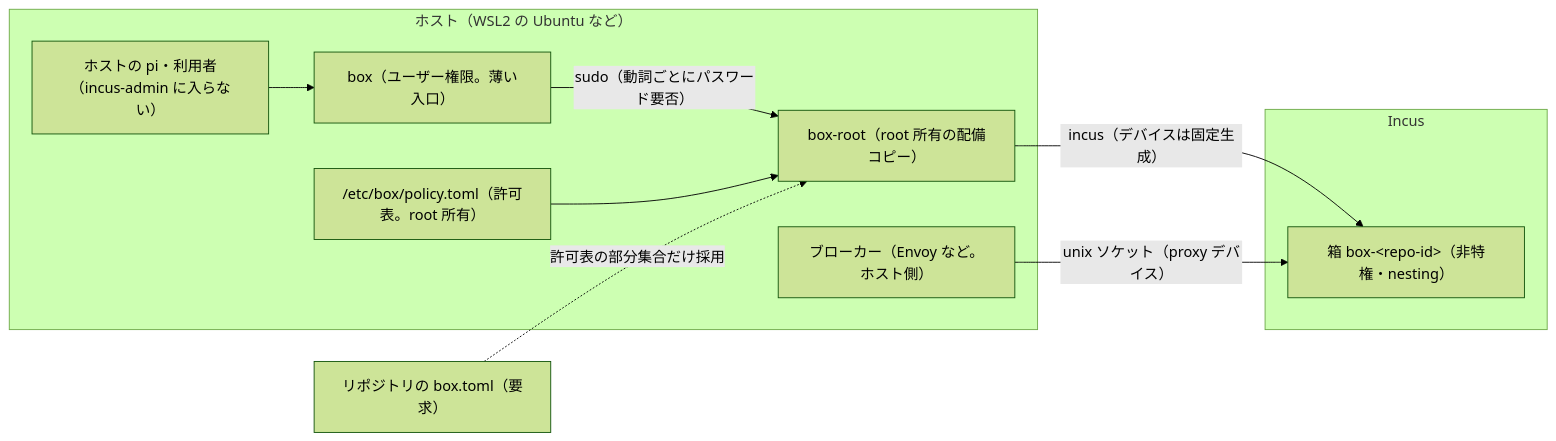
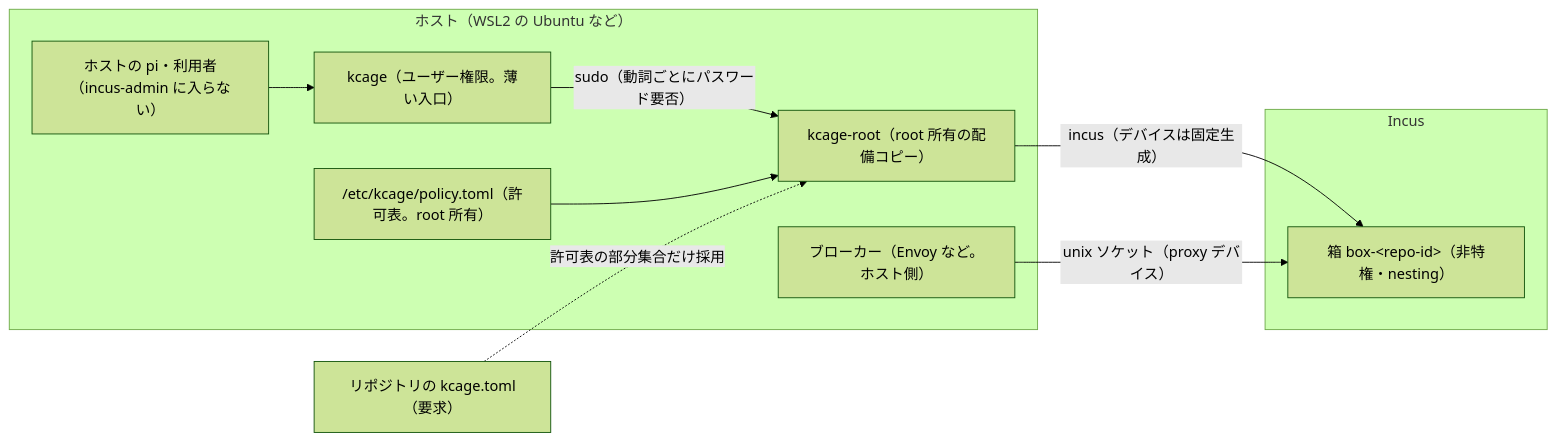
Before and after one commit to applejxd/dotfiles: the diagram in docs/spec/sandbox/incus-box.md, drawn with Mermaid (forest theme). The commit also changed other lines of this file and 93 other files, not shown here.

First line of the commit message:
refactor(kcage): 道具の名前を box から kcage へ改める

````diff
--- a/docs/spec/sandbox/incus-box.md
+++ b/docs/spec/sandbox/incus-box.md
@@ -14,20 +14,20 @@
 ```mermaid
 flowchart LR
     subgraph host["ホスト（WSL2 の Ubuntu など）"]
         PI["ホストの pi・利用者（incus-admin に入らない）"]
-        BOX["box（ユーザー権限。薄い入口）"]
-        ROOT["box-root（root 所有の配備コピー）"]
-        POL["/etc/box/policy.toml（許可表。root 所有）"]
+        BOX["kcage（ユーザー権限。薄い入口）"]
+        ROOT["kcage-root（root 所有の配備コピー）"]
+        POL["/etc/kcage/policy.toml（許可表。root 所有）"]
         BRK["ブローカー（Envoy など。ホスト側）"]
     end
     subgraph inc["Incus"]
         B["箱 box-&lt;repo-id&gt;（非特権・nesting）"]
     end
-    TOML["リポジトリの box.toml（要求）"]
+    TOML["リポジトリの kcage.toml（要求）"]
     PI --> BOX
     BOX -- "sudo（動詞ごとにパスワード要否）" --> ROOT
     POL --> ROOT
     TOML -. "許可表の部分集合だけ採用" .-> ROOT
     ROOT -- "incus（デバイスは固定生成）" --> B
     BRK -- "unix ソケット（proxy デバイス）" --> B
 ```
````
